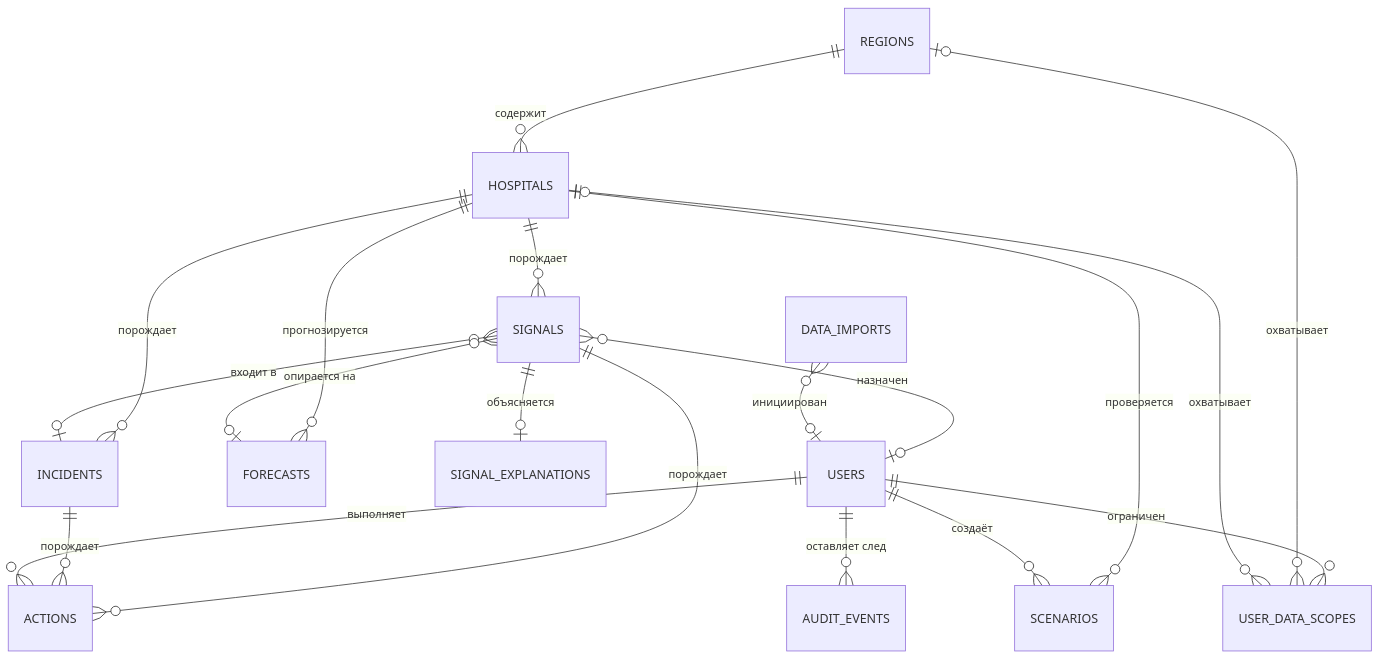
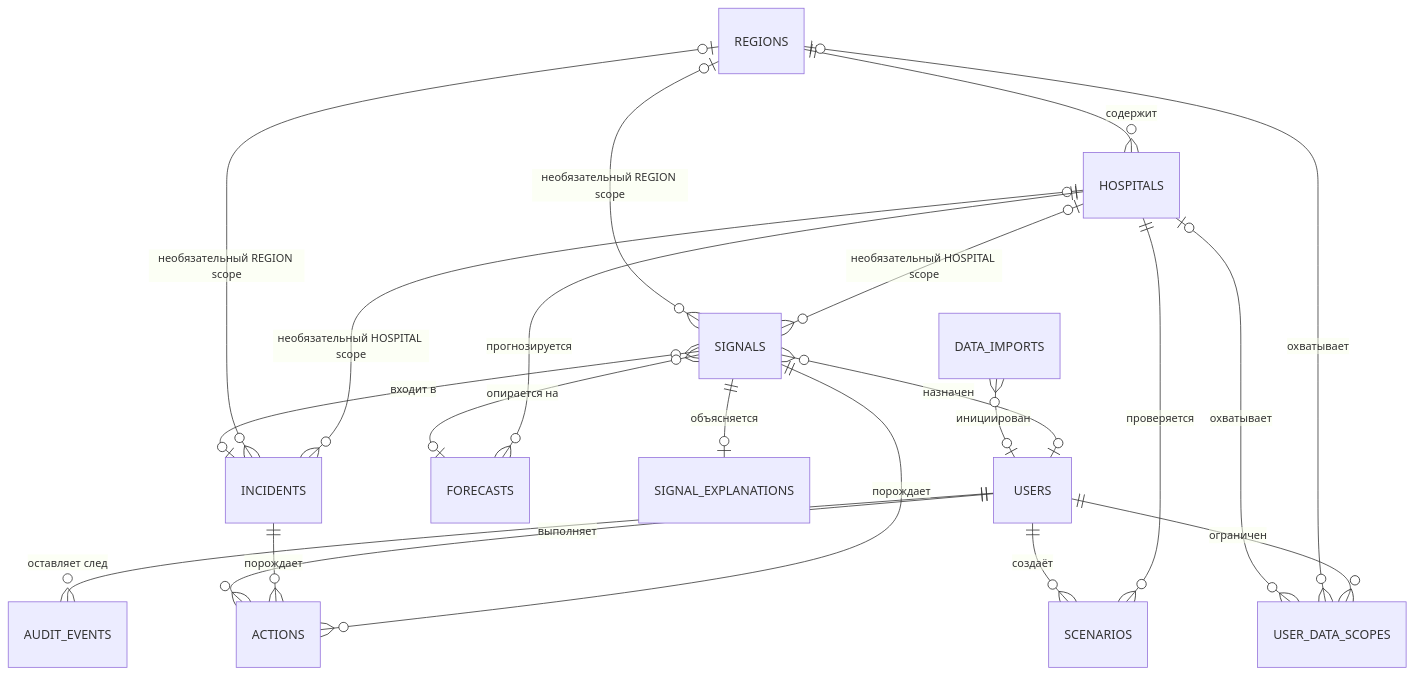
The diagram in docs/DATABASE.md (BAITC-Hacks/hack-54e4bd29-claudex), drawn with Mermaid before and after one commit. The commit also changed other lines of this file and 97 other files, not shown here.

````diff
--- a/docs/DATABASE.md
+++ b/docs/DATABASE.md
@@ -21,25 +23,27 @@
 ```mermaid
 erDiagram
     REGIONS ||--o{ HOSPITALS : "содержит"
-    HOSPITALS ||--o{ SIGNALS : "порождает"
-    HOSPITALS ||--o{ INCIDENTS : "порождает"
+    HOSPITALS o|--o{ SIGNALS : "необязательный HOSPITAL scope"
+    REGIONS o|--o{ SIGNALS : "необязательный REGION scope"
+    HOSPITALS o|--o{ INCIDENTS : "необязательный HOSPITAL scope"
+    REGIONS o|--o{ INCIDENTS : "необязательный REGION scope"
     HOSPITALS ||--o{ FORECASTS : "прогнозируется"
     HOSPITALS ||--o{ SCENARIOS : "проверяется"
 
     SIGNALS ||--o| SIGNAL_EXPLANATIONS : "объясняется"
     SIGNALS }o--o| INCIDENTS : "входит в"
     SIGNALS }o--o| FORECASTS : "опирается на"
     SIGNALS ||--o{ ACTIONS : "порождает"
     SIGNALS }o--o| USERS : "назначен"
 
     INCIDENTS ||--o{ ACTIONS : "порождает"
 
     USERS ||--o{ USER_DATA_SCOPES : "ограничен"
     USERS ||--o{ ACTIONS : "выполняет"
     USERS ||--o{ AUDIT_EVENTS : "оставляет след"
     USERS ||--o{ SCENARIOS : "создаёт"
     USER_DATA_SCOPES }o--o| REGIONS : "охватывает"
     USER_DATA_SCOPES }o--o| HOSPITALS : "охватывает"
 
     DATA_IMPORTS }o--o| USERS : "инициирован"
 ```
````
